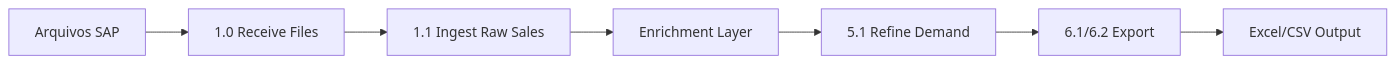
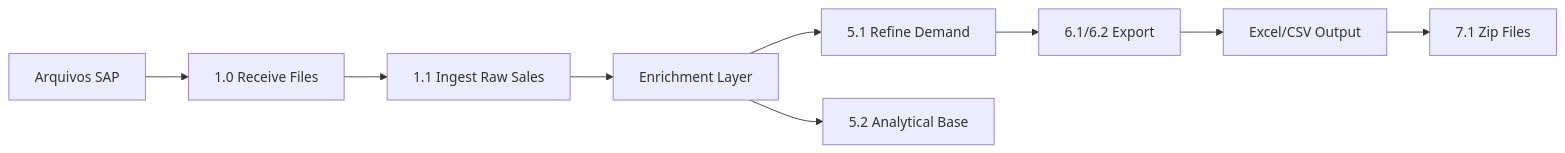
One commit to andrecauss/Honda_Demand_Databricks changed the diagram in README.md. Above: the diagram before and after it, drawn with Mermaid. The commit also changed other lines of this file, not shown here.

````diff
--- a/README.md
+++ b/README.md
@@ -55,9 +55,11 @@
 ```mermaid
 graph LR
     A[Arquivos SAP] --> B[1.0 Receive Files]
     B --> C[1.1 Ingest Raw Sales]
     C --> D[Enrichment Layer]
     D --> E[5.1 Refine Demand]
+    D --> E2[5.2 Analytical Base]
     E --> F[6.1/6.2 Export]
     F --> G[Excel/CSV Output]
+    G --> H[7.1 Zip Files]
 ```
````
